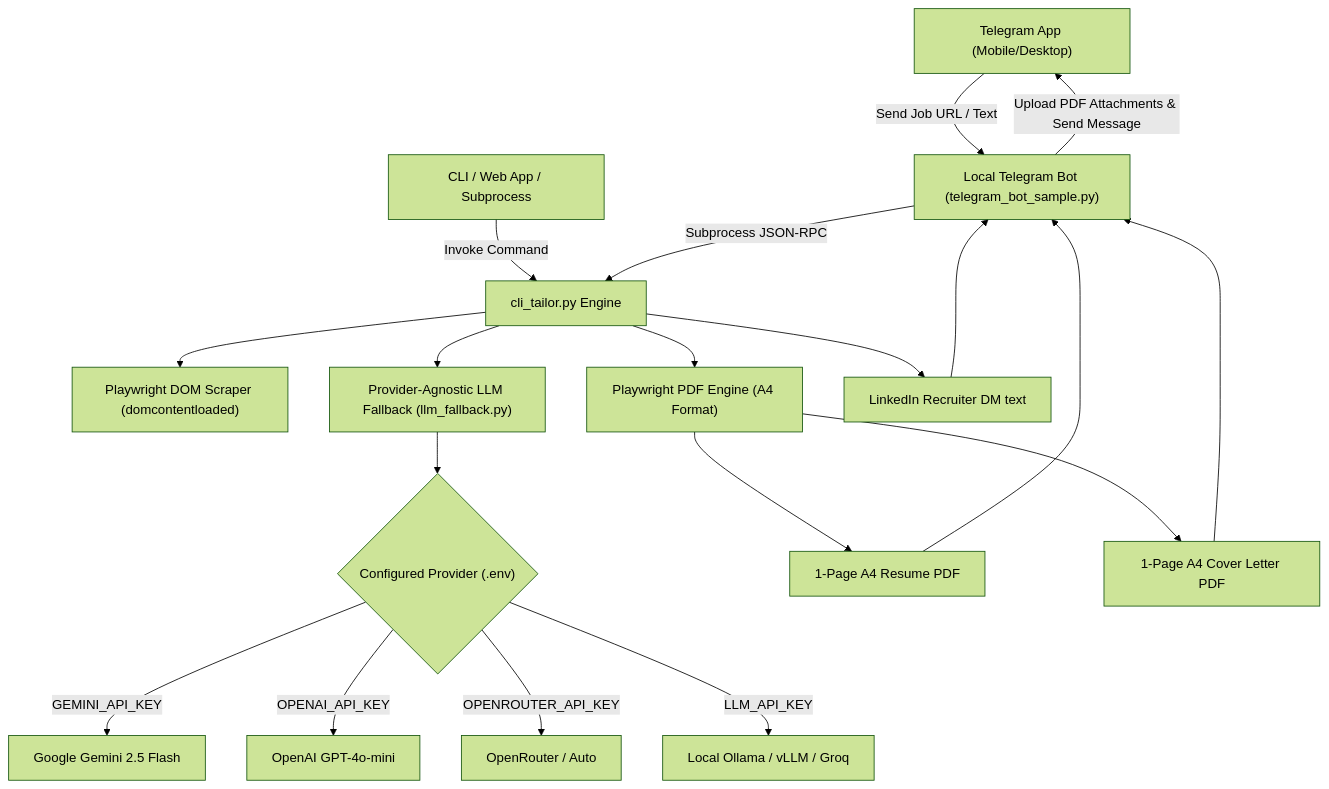
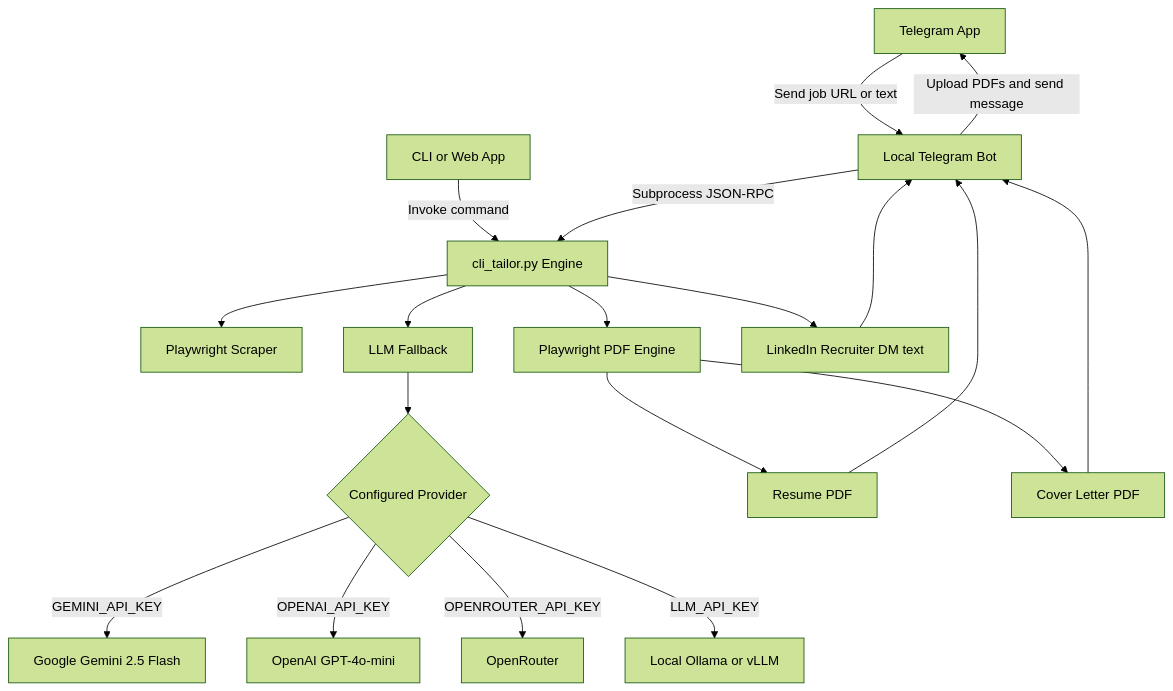
One commit to ankur2753/jobHunt changed the diagram in Instructions/RESUME_TAILORING_ENGINE.md. Above: the diagram before and after it, drawn with Mermaid (forest theme). The commit also changed other lines of this file and 46 other files, not shown here.

````diff
--- a/Instructions/RESUME_TAILORING_ENGINE.md
+++ b/Instructions/RESUME_TAILORING_ENGINE.md
@@ -22,28 +22,28 @@
 ```mermaid
 graph TD
-    UserTelegram["Telegram App (Mobile/Desktop)"] -->|Send Job URL / Text| BotScript["Local Telegram Bot (telegram_bot_sample.py)"]
-    CLIUser["CLI / Web App / Subprocess"] -->|Invoke Command| CLIEngine["cli_tailor.py Engine"]
+    UserTelegram["Telegram App"] -->|Send job URL or text| BotScript["Local Telegram Bot"]
+    CLIUser["CLI or Web App"] -->|Invoke command| CLIEngine["cli_tailor.py Engine"]
 
     BotScript -->|Subprocess JSON-RPC| CLIEngine
 
-    CLIEngine --> Scraper["Playwright DOM Scraper (domcontentloaded)"]
-    CLIEngine --> LLM["Provider-Agnostic LLM Fallback (llm_fallback.py)"]
+    CLIEngine --> Scraper["Playwright Scraper"]
+    CLIEngine --> LLM["LLM Fallback"]
 
-    LLM --> LLMProvider{"Configured Provider (.env)"}
+    LLM --> LLMProvider{"Configured Provider"}
     LLMProvider -->|GEMINI_API_KEY| Gemini["Google Gemini 2.5 Flash"]
     LLMProvider -->|OPENAI_API_KEY| OpenAI["OpenAI GPT-4o-mini"]
-    LLMProvider -->|OPENROUTER_API_KEY| OpenRouter["OpenRouter / Auto"]
-    LLMProvider -->|LLM_API_KEY| LocalLLM["Local Ollama / vLLM / Groq"]
+    LLMProvider -->|OPENROUTER_API_KEY| OpenRouter["OpenRouter"]
+    LLMProvider -->|LLM_API_KEY| LocalLLM["Local Ollama or vLLM"]
 
-    CLIEngine --> PDFEngine["Playwright PDF Engine (A4 Format)"]
+    CLIEngine --> PDFEngine["Playwright PDF Engine"]
 
-    PDFEngine --> ResumePDF["1-Page A4 Resume PDF"]
-    PDFEngine --> CoverPDF["1-Page A4 Cover Letter PDF"]
+    PDFEngine --> ResumePDF["Resume PDF"]
+    PDFEngine --> CoverPDF["Cover Letter PDF"]
 
     ResumePDF --> BotScript
     CoverPDF --> BotScript
     CLIEngine --> OutreachDM["LinkedIn Recruiter DM text"]
 
     OutreachDM --> BotScript
-    BotScript -->|Upload PDF Attachments & Send Message| UserTelegram
+    BotScript -->|Upload PDFs and send message| UserTelegram
 ```
````
